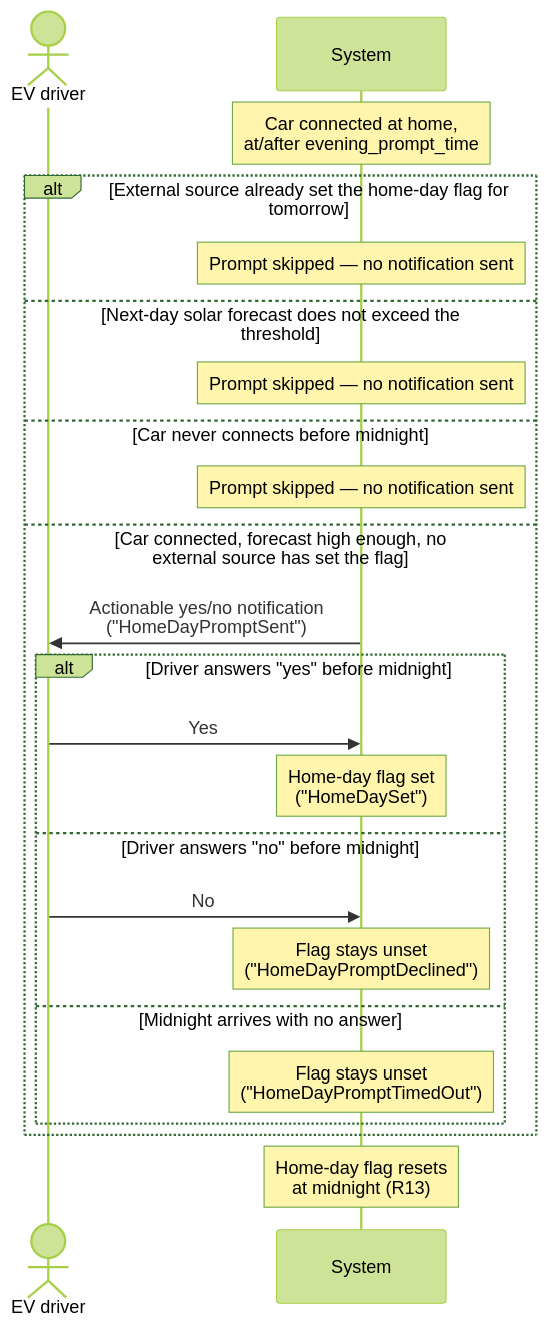
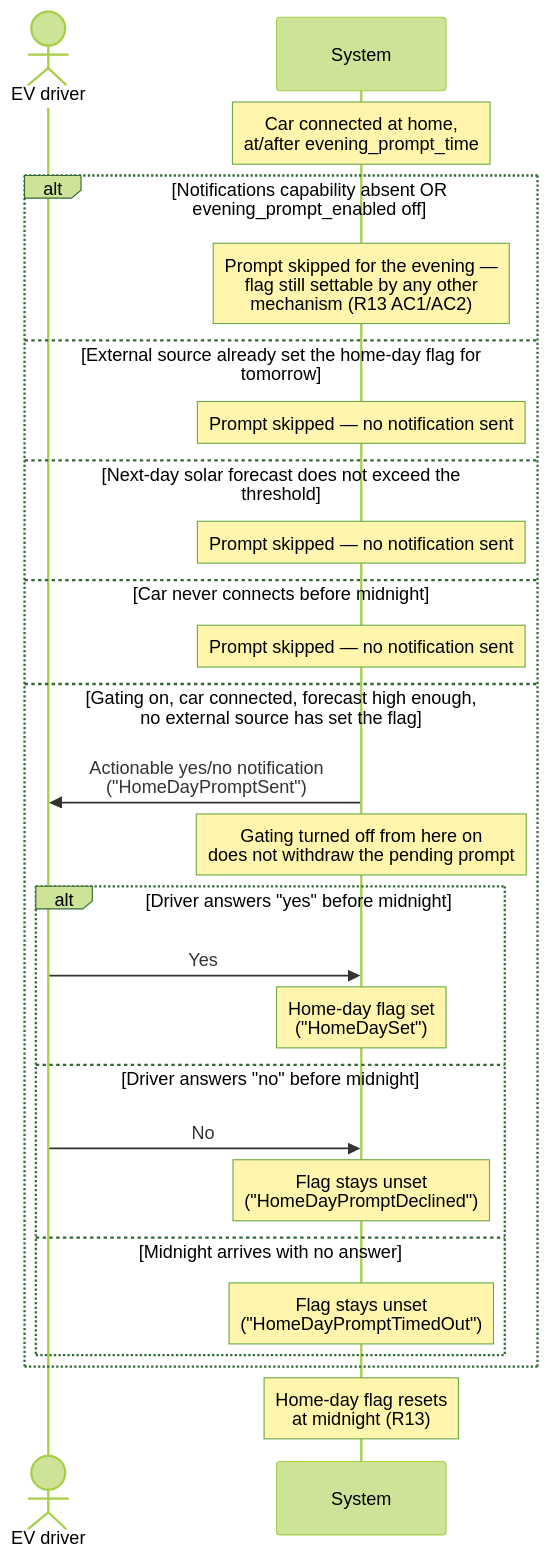
The diagram in docs/analysis/use-cases/UC08-plan-tomorrow-home-day.md (kristofdegrave/homeassistant-smart-charging), drawn with Mermaid (forest theme) before and after one commit. The commit also changed other lines of this file, not shown here.

First line of the commit message:
docs: bring UC08's evening-prompt toggle gating to the same rigor as UC10 (#811)

````diff
--- a/docs/analysis/use-cases/UC08-plan-tomorrow-home-day.md
+++ b/docs/analysis/use-cases/UC08-plan-tomorrow-home-day.md
@@ -86,25 +105,28 @@
 ```mermaid
 sequenceDiagram
     actor Driver as EV driver
     participant System
     Note over System: Car connected at home,<br/>at/after evening_prompt_time
-    alt External source already set the home-day flag for tomorrow
+    alt Notifications capability absent OR evening_prompt_enabled off
+        Note over System: Prompt skipped for the evening —<br/>flag still settable by any other<br/>mechanism (R13 AC1/AC2)
+    else External source already set the home-day flag for tomorrow
         Note over System: Prompt skipped — no notification sent
     else Next-day solar forecast does not exceed the threshold
         Note over System: Prompt skipped — no notification sent
     else Car never connects before midnight
         Note over System: Prompt skipped — no notification sent
-    else Car connected, forecast high enough, no external source has set the flag
+    else Gating on, car connected, forecast high enough, no external source has set the flag
         System->>Driver: Actionable yes/no notification<br/>("HomeDayPromptSent")
+        Note over System: Gating turned off from here on<br/>does not withdraw the pending prompt
         alt Driver answers "yes" before midnight
             Driver->>System: Yes
             Note over System: Home-day flag set<br/>("HomeDaySet")
         else Driver answers "no" before midnight
             Driver->>System: No
             Note over System: Flag stays unset<br/>("HomeDayPromptDeclined")
         else Midnight arrives with no answer
             Note over System: Flag stays unset<br/>("HomeDayPromptTimedOut")
         end
     end
     Note over System: Home-day flag resets<br/>at midnight (R13)
 ```
````
